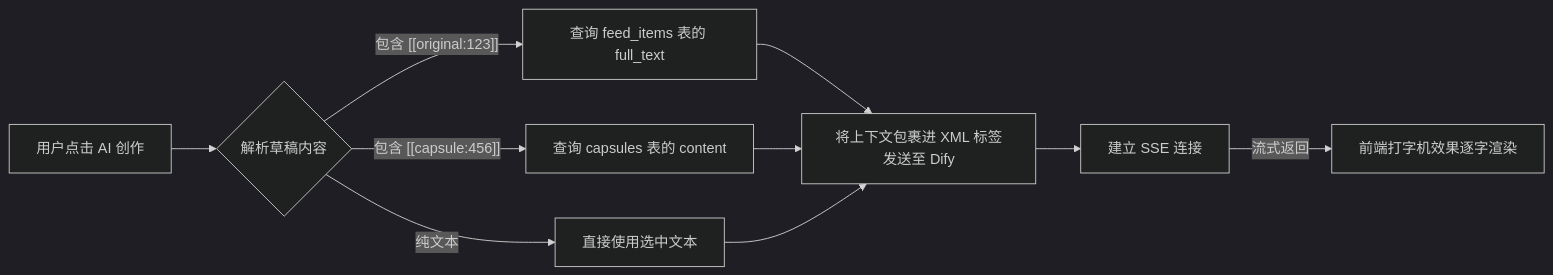
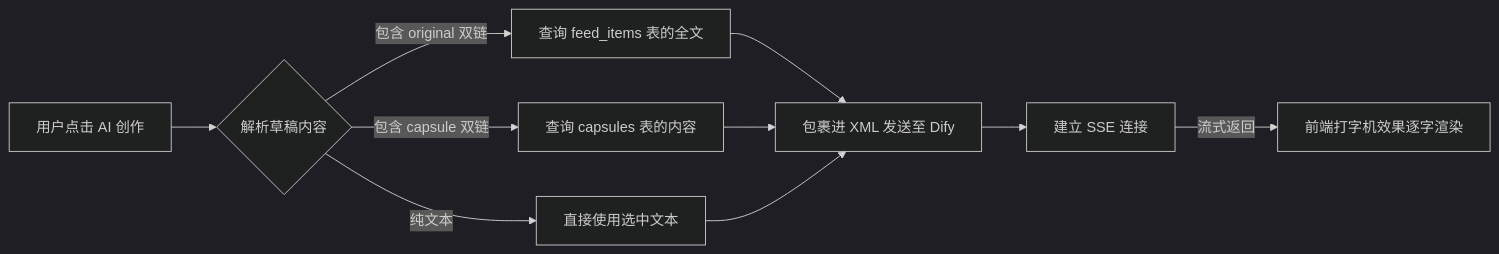
One commit to lisongjianustc/InsightGraph changed the fourth of 7 diagrams in Project_Documentation.md. Above: the diagram before and after it, drawn with Mermaid (dark theme). The commit also changed other lines of this file, not shown here.

Commit message:
docs: completely sanitize all mermaid diagrams by removing quotes, brackets, parentheses, colons, and special characters from node and edge labels to ensure maximum compatibility with strict markdown parsers

````diff
--- a/Project_Documentation.md
+++ b/Project_Documentation.md
@@ -167,14 +167,14 @@
 ```mermaid
-flowchart LR
-    A["用户点击 AI 创作"] --> B{"解析草稿内容"}
-    B -->|"包含 [[original:123]]"| C["查询 feed_items 表的 full_text"]
-    B -->|"包含 [[capsule:456]]"| D["查询 capsules 表的 content"]
-    B -->|"纯文本"| E["直接使用选中文本"]
+graph LR
+    A[用户点击 AI 创作] --> B{解析草稿内容}
+    B -->|包含 original 双链| C[查询 feed_items 表的全文]
+    B -->|包含 capsule 双链| D[查询 capsules 表的内容]
+    B -->|纯文本| E[直接使用选中文本]
     
-    C --> F["组装结构化 Prompt"]
+    C --> F[组装结构化 Prompt]
     D --> F
     E --> F
     
-    F["将上下文包裹进 XML 标签发送至 Dify"] --> G["建立 SSE 连接"]
-    G -->|"流式返回"| H["前端打字机效果逐字渲染"]
+    F[包裹进 XML 发送至 Dify] --> G[建立 SSE 连接]
+    G -->|流式返回| H[前端打字机效果逐字渲染]
 ```
````
